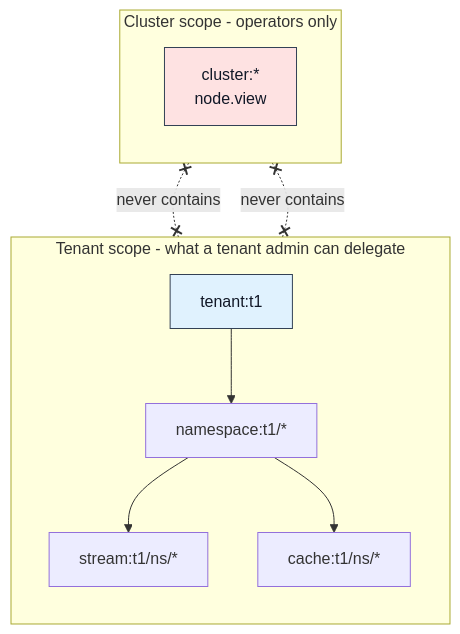
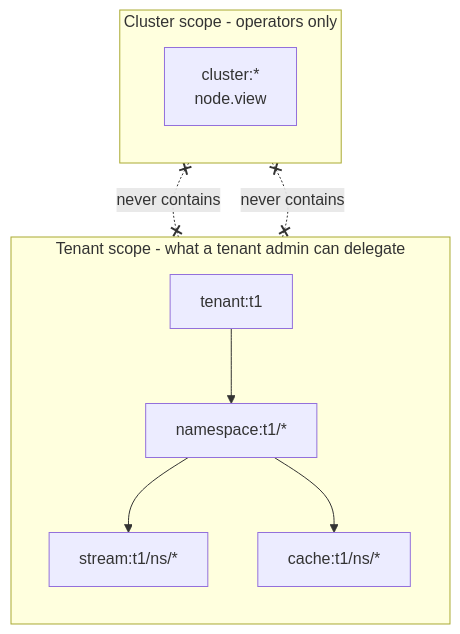
One commit to gabloe/felix changed the diagram in docs/security/rbac.md. Above: the diagram before and after it, drawn with Mermaid. The commit also changed 1 other file, not shown here.

Commit message:
fix(docs): let the new diagrams follow the site theme
The site configures astro-mermaid with `autoTheme: true`, which swaps mermaid's
palette with the light/dark toggle. Hardcoded fills override that: a pale fill
sits badly on a dark page, and `stroke:#334155` all but disappears against it.

Matching the hardcoded styles already on the page was the wrong instinct -- it
propagated the problem rather than following the theme. The two new diagrams now
carry no colours at all. Neither needs them: the flow reads left to right with
the animation carrying it, and the scope boundary is shown by subgraphs and
crossed links, so its meaning never depended on colour.

Three older diagrams on the same page still hardcode fills and have the same
issue. Left alone here rather than mixing an unrelated fix into a docs PR.

````diff
--- a/docs/security/rbac.md
+++ b/docs/security/rbac.md
@@ -43,20 +43,17 @@
 ```mermaid
 flowchart TB
     subgraph tenant["Tenant scope - what a tenant admin can delegate"]
         direction TB
         T["tenant:t1"] --> N["namespace:t1/*"]
         N --> S["stream:t1/ns/*"]
         N --> K["cache:t1/ns/*"]
     end
 
     subgraph cluster["Cluster scope - operators only"]
         direction TB
         CL["cluster:*<br/>node.view"]
     end
 
     T x-.-x|"never contains"| CL
     CL x-.-x|"never contains"| T
-
-    style T fill:#e0f2fe,stroke:#334155,color:#111827
-    style CL fill:#fee2e2,stroke:#334155,color:#111827
 ```
````
